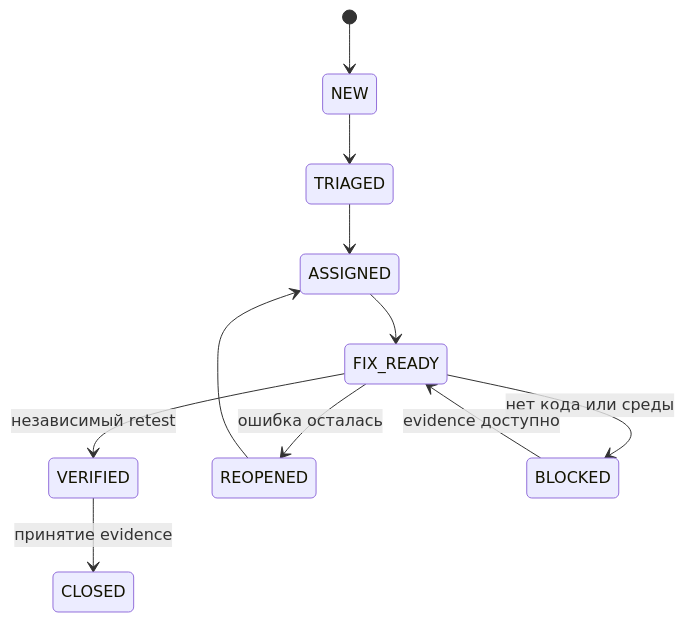
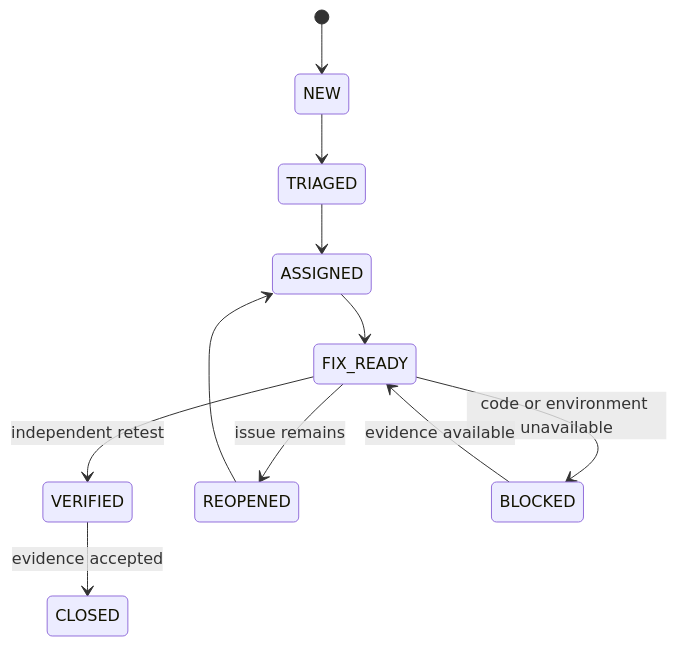
The tenth of 11 diagrams in ARCHITECTURE.md (aarbabaev/ArMoney), drawn with Mermaid before and after one commit. The commit also changed other lines of this file and 6 other files, not shown here.

Commit message:
Use English architecture documentation and neutral product descriptions

````diff
--- a/ARCHITECTURE.md
+++ b/ARCHITECTURE.md
@@ -348,13 +350,13 @@
 ```mermaid
 stateDiagram-v2
     [*] --> NEW
     NEW --> TRIAGED
     TRIAGED --> ASSIGNED
     ASSIGNED --> FIX_READY
-    FIX_READY --> VERIFIED: независимый retest
-    VERIFIED --> CLOSED: принятие evidence
-    FIX_READY --> REOPENED: ошибка осталась
+    FIX_READY --> VERIFIED: independent retest
+    VERIFIED --> CLOSED: evidence accepted
+    FIX_READY --> REOPENED: issue remains
     REOPENED --> ASSIGNED
-    FIX_READY --> BLOCKED: нет кода или среды
-    BLOCKED --> FIX_READY: evidence доступно
+    FIX_READY --> BLOCKED: code or environment unavailable
+    BLOCKED --> FIX_READY: evidence available
 ```
````
